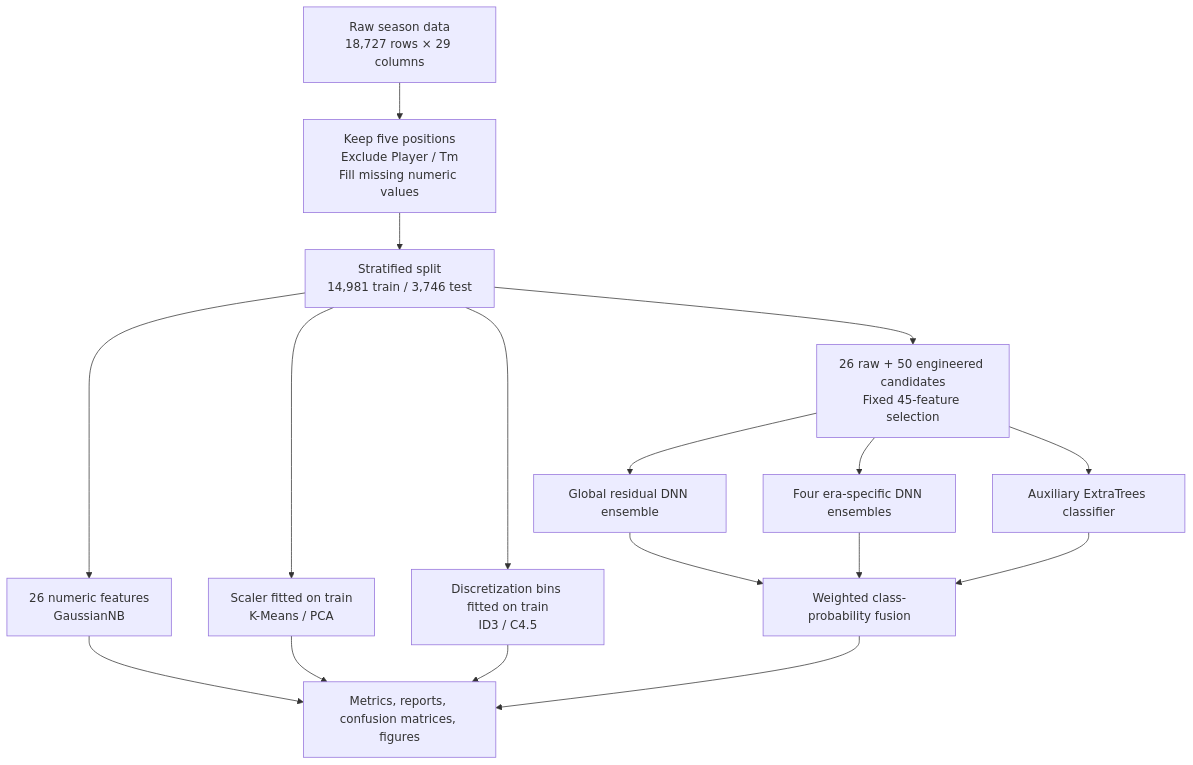
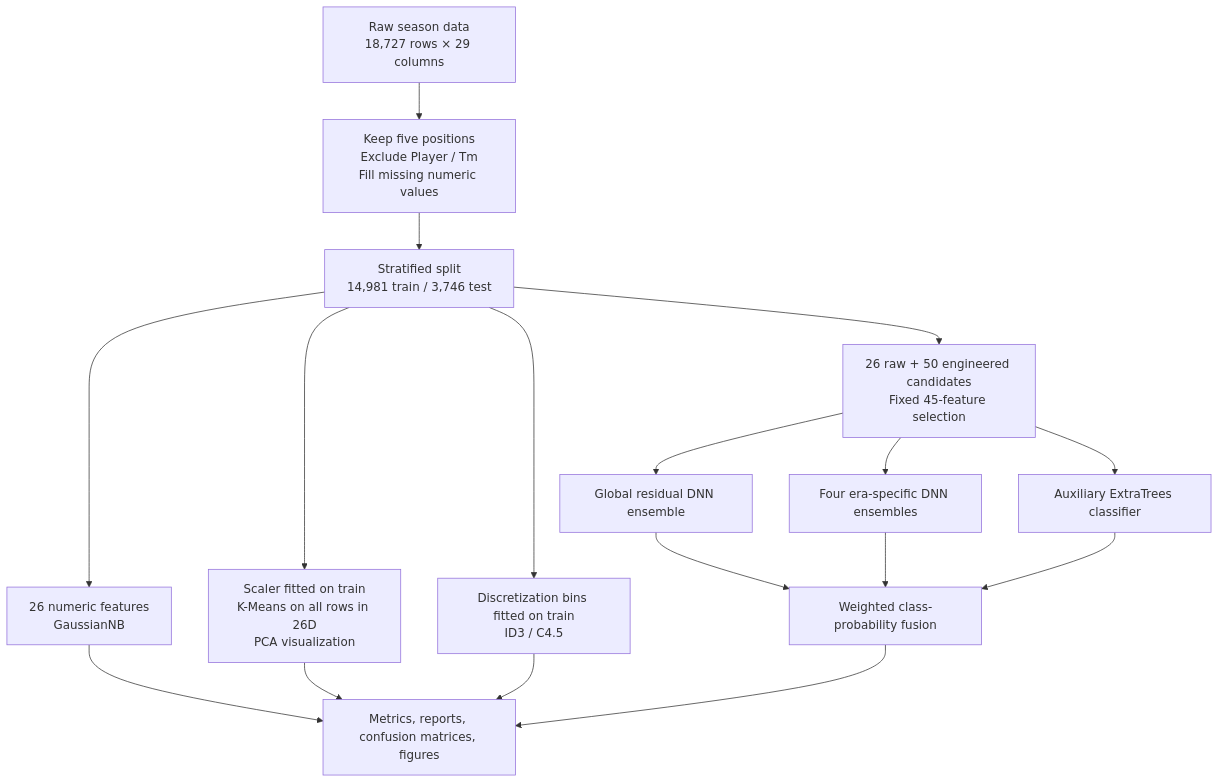
Before and after one commit to LRZer/nba-player-position-prediction: the first of 3 diagrams in README_EN.md, drawn with Mermaid. The commit also changed other lines of this file and 2 other files, not shown here.

Commit message:
Clarify model architecture and training pipeline in bilingual READMEs

````diff
--- a/README_EN.md
+++ b/README_EN.md
@@ -21,19 +28,19 @@
 ```mermaid
 flowchart TD
     A[Raw season data<br/>18,727 rows × 29 columns] --> B[Keep five positions<br/>Exclude Player / Tm<br/>Fill missing numeric values]
     B --> C[Stratified split<br/>14,981 train / 3,746 test]
     C --> D1[26 numeric features<br/>GaussianNB]
-    C --> D2[Scaler fitted on train<br/>K-Means / PCA]
+    C --> D2[Scaler fitted on train<br/>K-Means on all rows in 26D<br/>PCA visualization]
     C --> D3[Discretization bins fitted on train<br/>ID3 / C4.5]
     C --> E[26 raw + 50 engineered candidates<br/>Fixed 45-feature selection]
     E --> F[Global residual DNN ensemble]
     E --> G[Four era-specific DNN ensembles]
     E --> H[Auxiliary ExtraTrees classifier]
     F --> I[Weighted class-probability fusion]
     G --> I
     H --> I
     D1 --> J[Metrics, reports, confusion matrices, figures]
     D2 --> J
     D3 --> J
     I --> J
 ```
````
